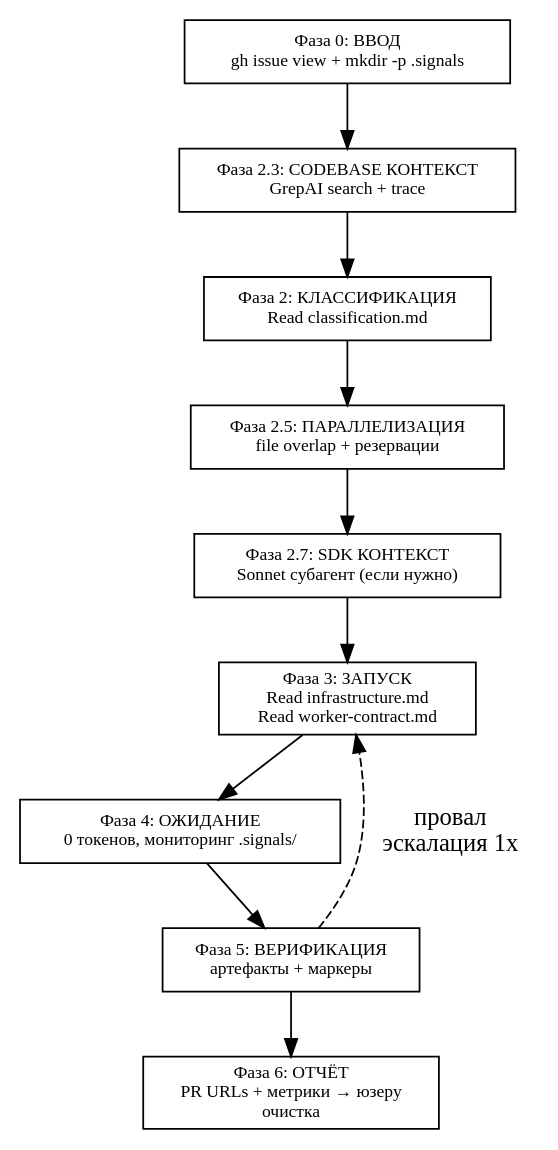
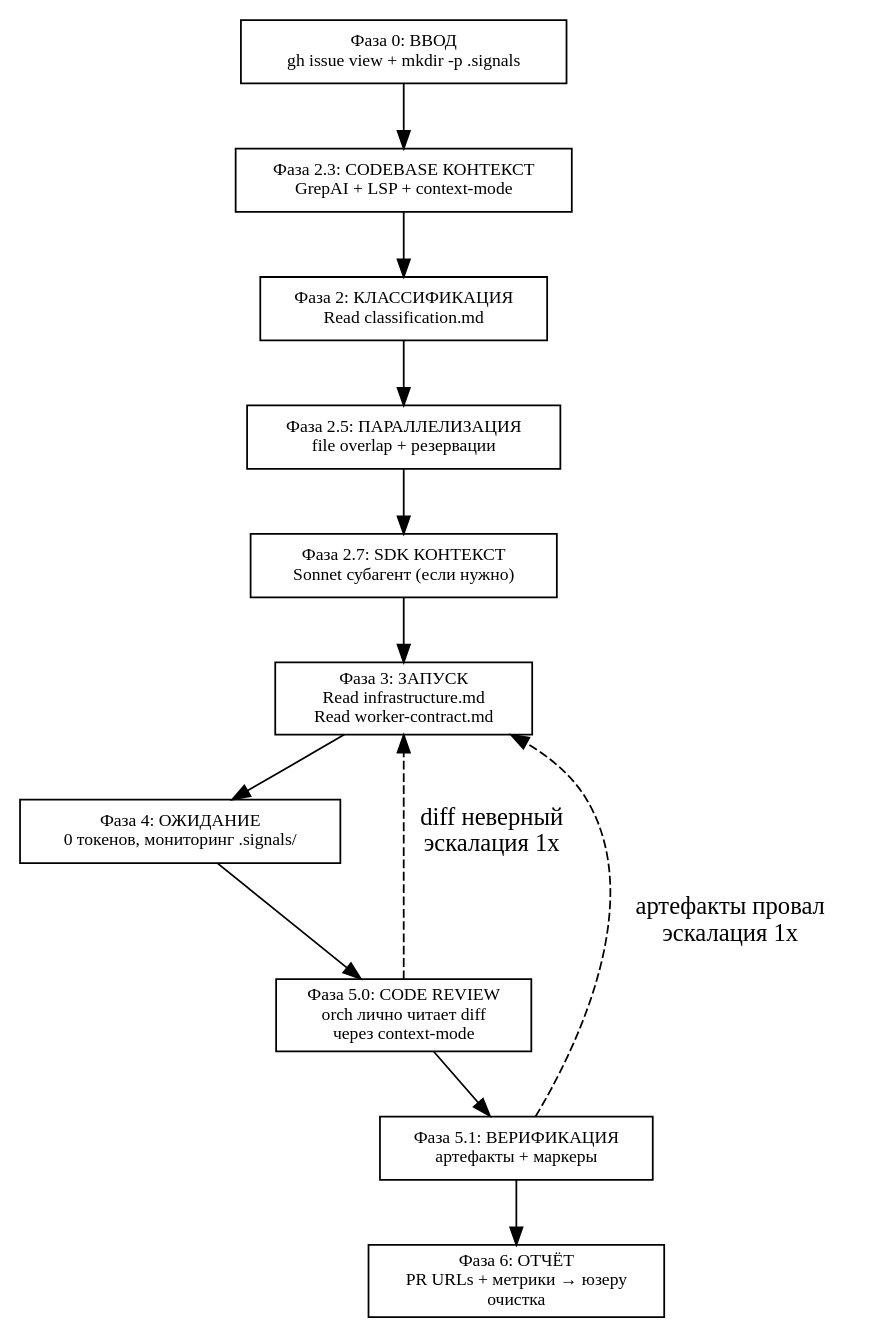
Before and after one commit to yastman/rag: the diagram in .claude/skills/tmux-swarm-orchestration/SKILL.md, drawn with Graphviz. The commit also changed other lines of this file and 5 other files, not shown here.

````diff
--- a/.claude/skills/tmux-swarm-orchestration/SKILL.md
+++ b/.claude/skills/tmux-swarm-orchestration/SKILL.md
@@ -26,17 +27,19 @@
 ```dot
 digraph flow {
   rankdir=TB; node [shape=box, fontsize=10];
   init [label="Фаза 0: ВВОД\ngh issue view + mkdir -p .signals"];
-  codebase [label="Фаза 2.3: CODEBASE КОНТЕКСТ\nGrepAI search + trace"];
+  codebase [label="Фаза 2.3: CODEBASE КОНТЕКСТ\nGrepAI + LSP + context-mode"];
   classify [label="Фаза 2: КЛАССИФИКАЦИЯ\nRead classification.md"];
   parallel [label="Фаза 2.5: ПАРАЛЛЕЛИЗАЦИЯ\nfile overlap + резервации"];
   sdk [label="Фаза 2.7: SDK КОНТЕКСТ\nSonnet субагент (если нужно)"];
   spawn [label="Фаза 3: ЗАПУСК\nRead infrastructure.md\nRead worker-contract.md"];
   wait [label="Фаза 4: ОЖИДАНИЕ\n0 токенов, мониторинг .signals/"];
-  verify [label="Фаза 5: ВЕРИФИКАЦИЯ\nартефакты + маркеры"];
+  review [label="Фаза 5.0: CODE REVIEW\norch лично читает diff\nчерез context-mode"];
+  verify [label="Фаза 5.1: ВЕРИФИКАЦИЯ\nартефакты + маркеры"];
   report [label="Фаза 6: ОТЧЁТ\nPR URLs + метрики → юзеру\nочистка"];
 
-  init -> codebase -> classify -> parallel -> sdk -> spawn -> wait -> verify -> report;
-  verify -> spawn [label="провал\nэскалация 1x", style=dashed];
+  init -> codebase -> classify -> parallel -> sdk -> spawn -> wait -> review -> verify -> report;
+  review -> spawn [label="diff неверный\nэскалация 1x", style=dashed];
+  verify -> spawn [label="артефакты провал\nэскалация 1x", style=dashed];
 }
 ```
````
